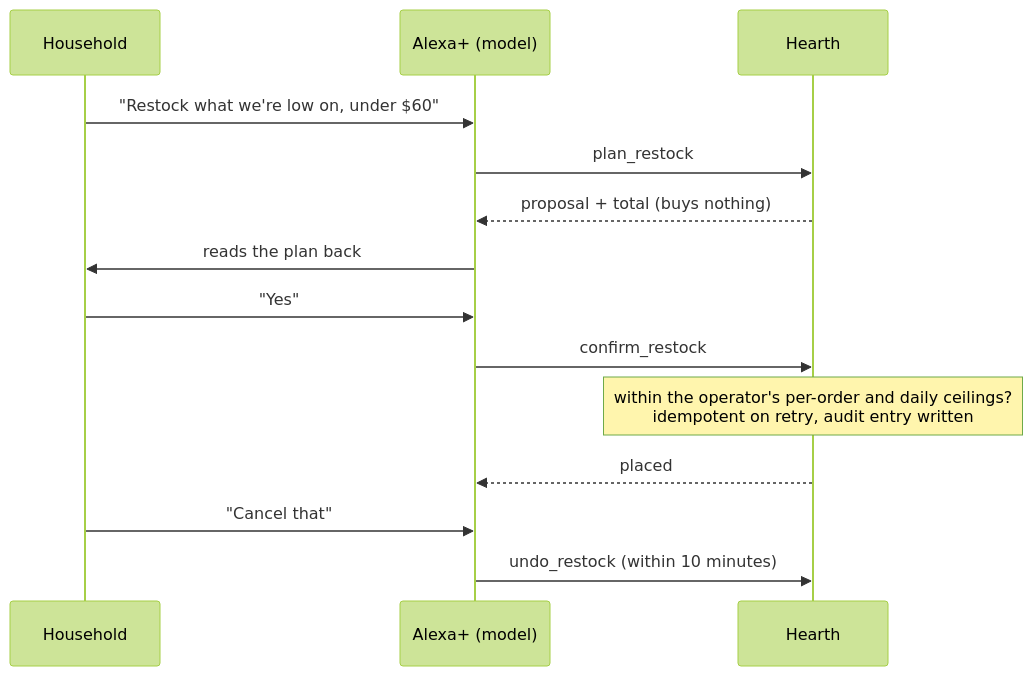
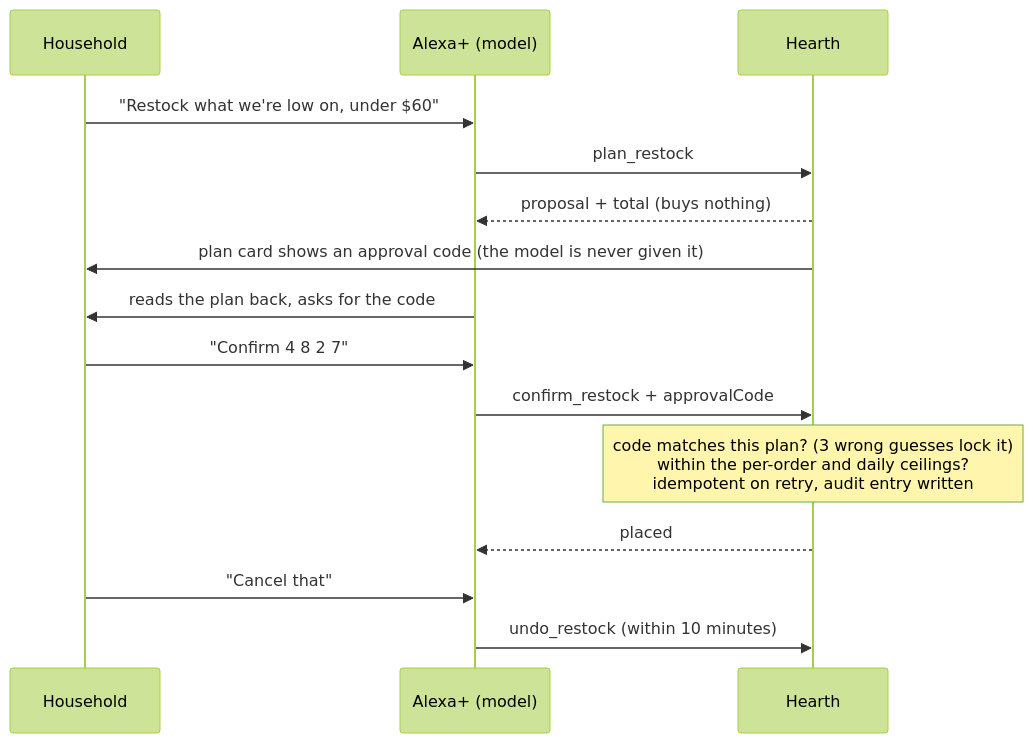
The second of 2 diagrams in README.md (anshul23102/hearth-alexa-mcp), drawn with Mermaid (forest theme) before and after one commit. The commit also changed other lines of this file and 30 other files, not shown here.

Commit message:
Consent a model cannot forge: approval codes, app-only approval tools, live red-team harness; calibrated forecast window with a backtest; Docker job in CI

````diff
--- a/README.md
+++ b/README.md
@@ -171,16 +174,17 @@
 ```mermaid
 sequenceDiagram
   participant H as Household
   participant A as Alexa+ (model)
   participant S as Hearth
   H->>A: "Restock what we're low on, under $60"
   A->>S: plan_restock
   S-->>A: proposal + total (buys nothing)
-  A->>H: reads the plan back
-  H->>A: "Yes"
-  A->>S: confirm_restock
-  Note over S: within the operator's per-order and daily ceilings?<br/>idempotent on retry, audit entry written
+  S->>H: plan card shows an approval code (the model is never given it)
+  A->>H: reads the plan back, asks for the code
+  H->>A: "Confirm 4 8 2 7"
+  A->>S: confirm_restock + approvalCode
+  Note over S: code matches this plan? (3 wrong guesses lock it)<br/>within the per-order and daily ceilings?<br/>idempotent on retry, audit entry written
   S-->>A: placed
   H->>A: "Cancel that"
   A->>S: undo_restock (within 10 minutes)
 ```
````
